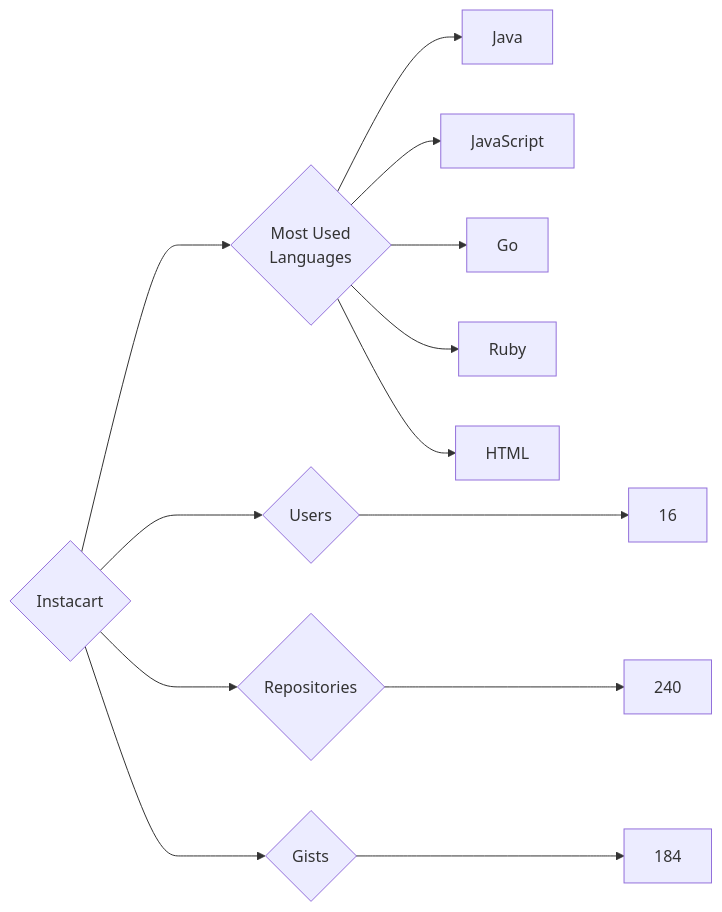
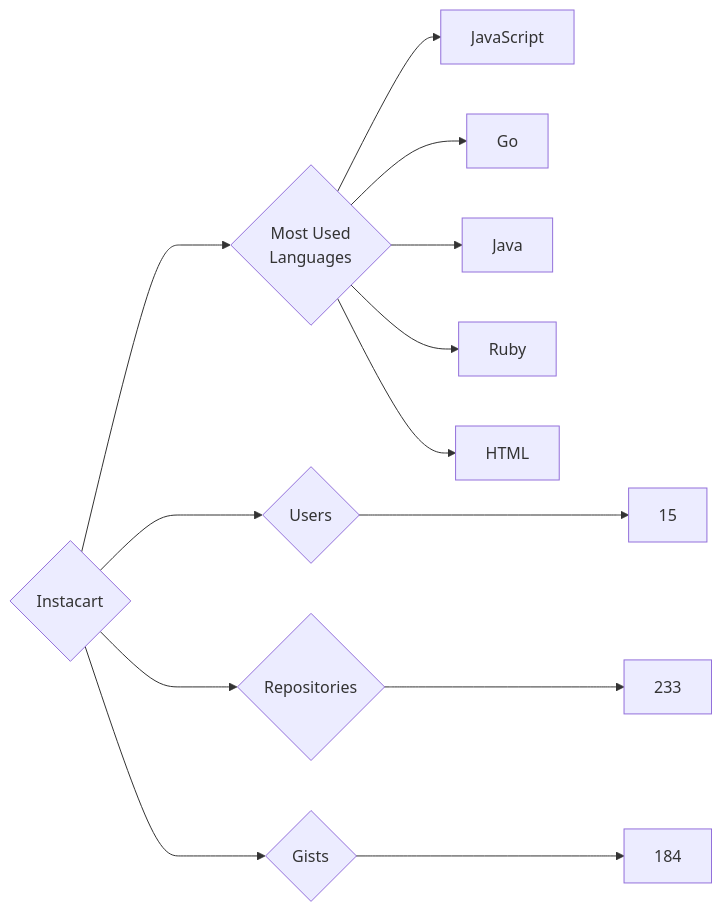
Before and after one commit to trickest/insiders: the diagram in targets/Instacart/README.md, drawn with Mermaid. The commit also changed 826 other files, not shown here.

````diff
--- a/targets/Instacart/README.md
+++ b/targets/Instacart/README.md
@@ -3,13 +3,13 @@
 ```mermaid
 graph LR
 COMPANY_NAME{Instacart}
-COMPANY_NAME ---> U{Users} ---> UN[16]
-COMPANY_NAME ---> R{Repositories} ---> RN[240]
+COMPANY_NAME ---> U{Users} ---> UN[15]
+COMPANY_NAME ---> R{Repositories} ---> RN[233]
 COMPANY_NAME ---> G{Gists} ---> GN[184]
 COMPANY_NAME ---> ML{Most Used<br>Languages}
-ML --> Java[Java]
 ML --> JavaScript[JavaScript]
 ML --> Go[Go]
+ML --> Java[Java]
 ML --> Ruby[Ruby]
 ML --> HTML[HTML]
 ```
````
